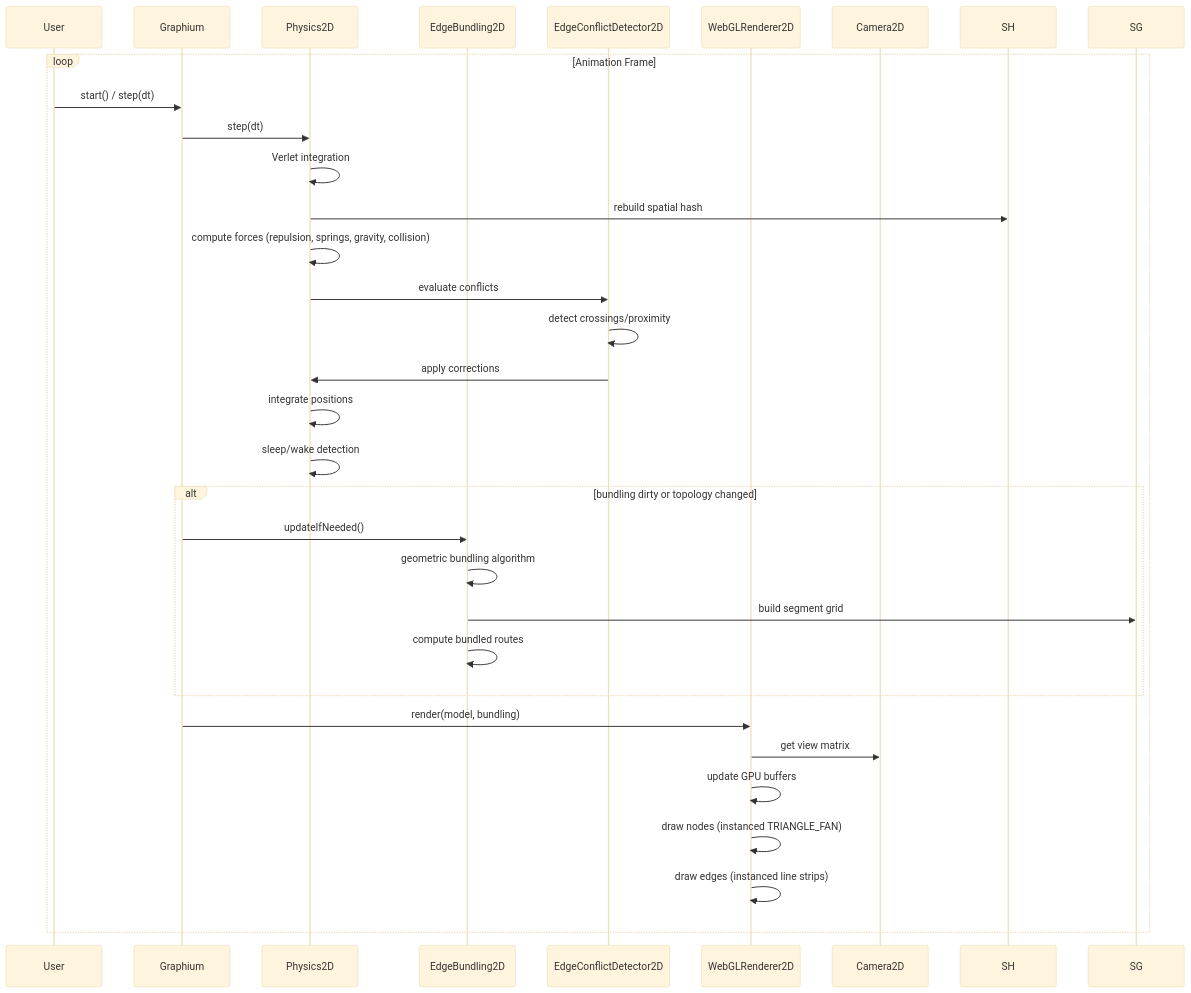
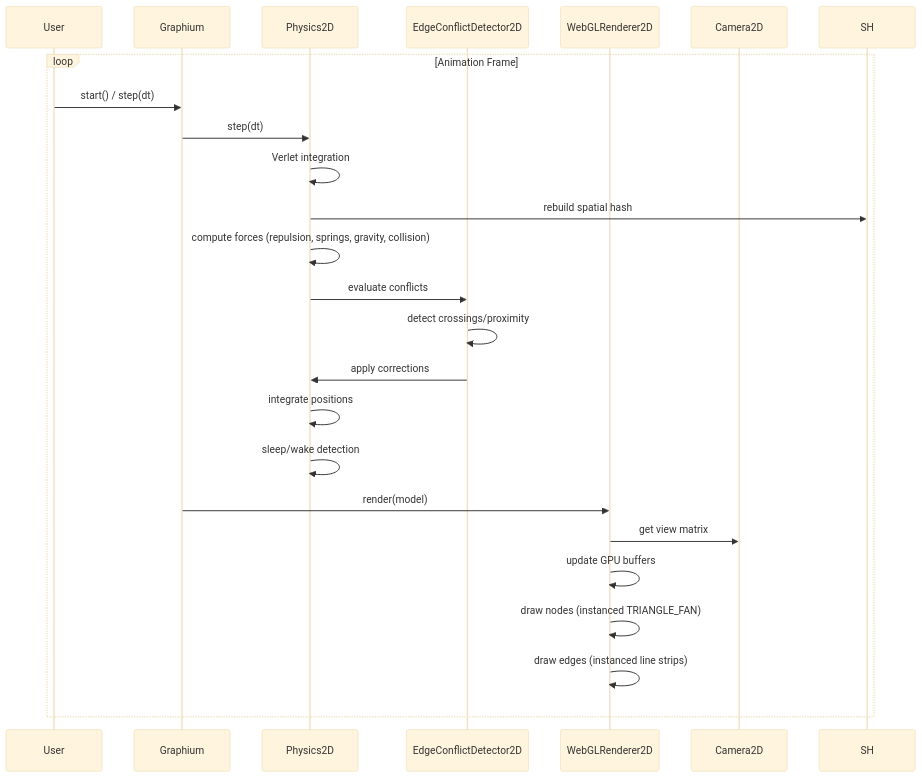
The second of 4 diagrams in docs/architecture.md (YuriAlvesBordin/Graphium), drawn with Mermaid (base theme) before and after one commit. The commit also changed other lines of this file and 26 other files, not shown here.

````diff
--- a/docs/architecture.md
+++ b/docs/architecture.md
@@ -73,36 +62,28 @@
 ```mermaid
 sequenceDiagram
     participant User
     participant G2D as Graphium
     participant PH as Physics2D
-    participant EB as EdgeBundling2D
     participant EC as EdgeConflictDetector2D
     participant WGL as WebGLRenderer2D
     participant CAM as Camera2D
 
     loop Animation Frame
         User->>G2D: start() / step(dt)
         G2D->>PH: step(dt)
         PH->>PH: Verlet integration
         PH->>SH: rebuild spatial hash
         PH->>PH: compute forces (repulsion, springs, gravity, collision)
         PH->>EC: evaluate conflicts
         EC->>EC: detect crossings/proximity
         EC->>PH: apply corrections
         PH->>PH: integrate positions
         PH->>PH: sleep/wake detection
 
-        alt bundling dirty or topology changed
-            G2D->>EB: updateIfNeeded()
-            EB->>EB: geometric bundling algorithm
-            EB->>SG: build segment grid
-            EB->>EB: compute bundled routes
-        end
-
-        G2D->>WGL: render(model, bundling)
+        G2D->>WGL: render(model)
         WGL->>CAM: get view matrix
         WGL->>WGL: update GPU buffers
         WGL->>WGL: draw nodes (instanced TRIANGLE_FAN)
         WGL->>WGL: draw edges (instanced line strips)
     end
 ```
````
